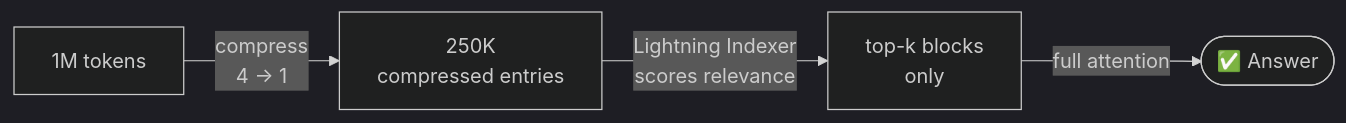
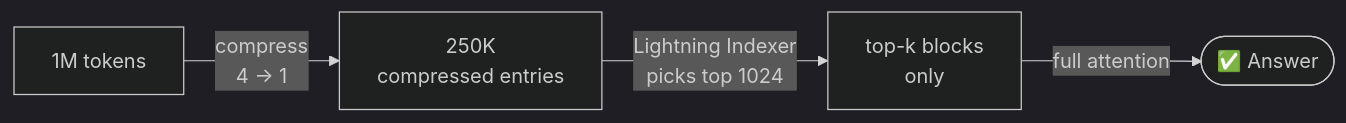
The second of 3 diagrams in src/data/blog/why-deepseek-v4-is-so-cheap.mdx (scare-destiny/recipes-astro-paper), drawn with Mermaid (dark theme) before and after one commit. The commit also changed other lines of this file, not shown here.

````diff
--- a/src/data/blog/why-deepseek-v4-is-so-cheap.mdx
+++ b/src/data/blog/why-deepseek-v4-is-so-cheap.mdx
@@ -66,6 +65,6 @@
 ```mermaid
 flowchart LR
     A["1M tokens"] -->|"compress<br/>4 → 1"| B["250K<br/>compressed entries"]
-    B -->|"Lightning Indexer<br/>scores relevance"| S["top-k blocks<br/>only"]
+    B -->|"Lightning Indexer<br/>picks top 1024"| S["top-k blocks<br/>only"]
     S -->|"full attention"| AT(["✅ Answer"])
 ```
````
